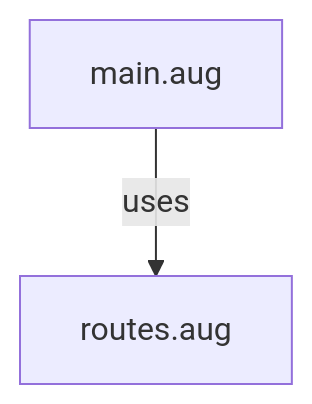
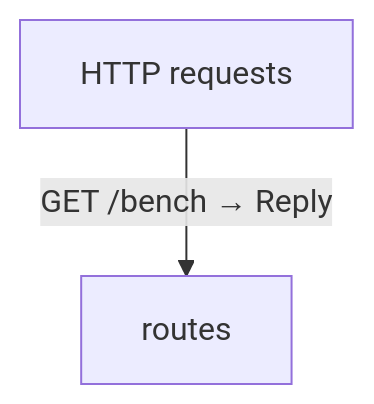
One commit to GreenPandaStudios/augscript changed the diagram in benchmarks/http/.aug-spec/diagrams/index.md. Above: the diagram before and after it, drawn with Mermaid. The commit also changed other lines of this file and 524 other files, not shown here.

Commit message:
Explain checked data flow at folder and service levels

````diff
--- a/benchmarks/http/.aug-spec/diagrams/index.md
+++ b/benchmarks/http/.aug-spec/diagrams/index.md
@@ -19,6 +9,6 @@
 ```mermaid
 flowchart TD
-    n0["main.aug"]
-    n1["routes.aug"]
-    n0 -->|"uses"| n1
+    n0["HTTP requests"]
+    n1["routes"]
+    n0 -->|"GET /bench → Reply"| n1
 ```
````
